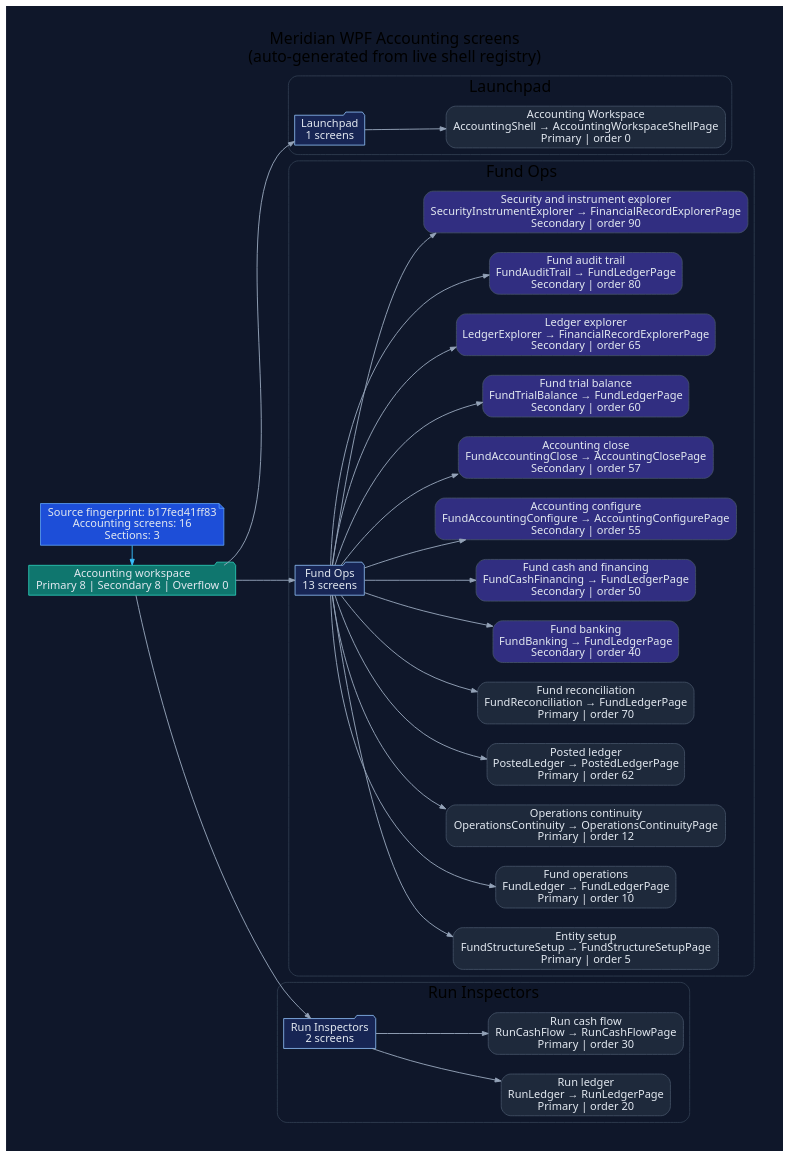
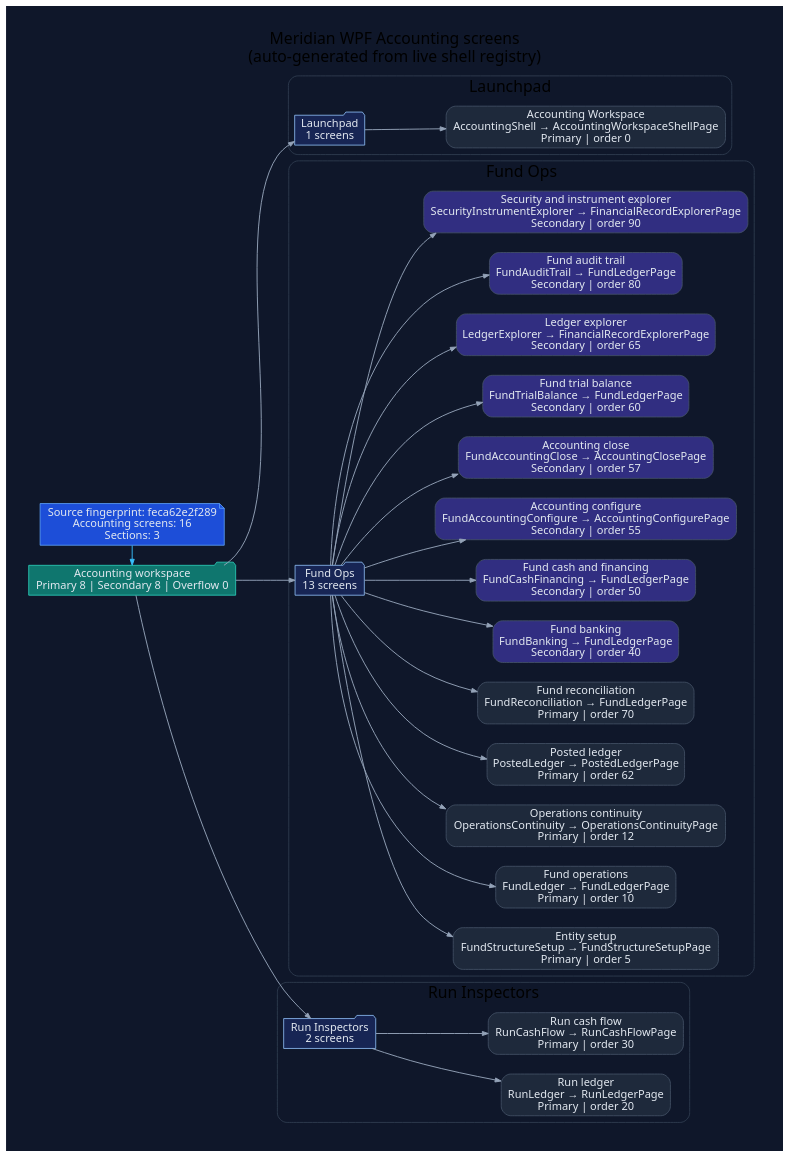
One commit to rodoHasArrived/Meridian-main changed the diagram in docs/diagrams/ui/ui-wpf-screens-accounting.dot. Above: the diagram before and after it, drawn with Graphviz. The commit also changed 46 other files, not shown here.

Commit message:
Refresh generated lifecycle API documentation and diagrams

```diff
--- a/docs/diagrams/ui/ui-wpf-screens-accounting.dot
+++ b/docs/diagrams/ui/ui-wpf-screens-accounting.dot
@@ -1,82 +1,82 @@
 // -----------------------------------------------------------------------------
 // <auto-generated>
 // Generated by scripts/generate-diagrams.mjs.
 // Do not edit this file directly; update the WPF source files instead.
 // -----------------------------------------------------------------------------
 digraph WpfAccountingScreens {
   graph [
     rankdir=LR,
     labelloc=t,
     label="Meridian WPF Accounting screens\n(auto-generated from live shell registry)",
     fontname="Segoe UI",
     fontsize=20,
     pad=0.4,
     nodesep=0.35,
     ranksep=0.85,
     bgcolor="#0f172a"
   ];
   node [fontname="Segoe UI", shape=box, style="rounded,filled", color="#475569", fontcolor="#e2e8f0", fillcolor="#1e293b"];
   edge [fontname="Segoe UI", color="#94a3b8", penwidth=1.2, arrowsize=0.75];
 
-  generated [shape=note, fillcolor="#1d4ed8", color="#60a5fa", label="Source fingerprint: b17fed41ff83\nAccounting screens: 16\nSections: 3"];
+  generated [shape=note, fillcolor="#1d4ed8", color="#60a5fa", label="Source fingerprint: feca62e2f289\nAccounting screens: 16\nSections: 3"];
   workspace [shape=folder, fillcolor="#0f766e", color="#2dd4bf", label="Accounting workspace\nPrimary 8 | Secondary 8 | Overflow 0"];
   generated -> workspace [color="#38bdf8"];
 
   subgraph cluster_section_1 {
     label="Launchpad";
     color="#334155";
     style="rounded";
     section_1 [shape=folder, fillcolor="#172554", color="#93c5fd", label="Launchpad\n1 screens"];
     workspace -> section_1;
     screen_AccountingShell [fillcolor="#1e293b", label="Accounting Workspace\nAccountingShell → AccountingWorkspaceShellPage\nPrimary | order 0"];
     section_1 -> screen_AccountingShell;
   }
 
   subgraph cluster_section_2 {
     label="Fund Ops";
     color="#334155";
     style="rounded";
     section_2 [shape=folder, fillcolor="#172554", color="#93c5fd", label="Fund Ops\n13 screens"];
     workspace -> section_2;
     screen_FundStructureSetup [fillcolor="#1e293b", label="Entity setup\nFundStructureSetup → FundStructureSetupPage\nPrimary | order 5"];
     section_2 -> screen_FundStructureSetup;
     screen_FundLedger [fillcolor="#1e293b", label="Fund operations\nFundLedger → FundLedgerPage\nPrimary | order 10"];
     section_2 -> screen_FundLedger;
     screen_OperationsContinuity [fillcolor="#1e293b", label="Operations continuity\nOperationsContinuity → OperationsContinuityPage\nPrimary | order 12"];
     section_2 -> screen_OperationsContinuity;
     screen_PostedLedger [fillcolor="#1e293b", label="Posted ledger\nPostedLedger → PostedLedgerPage\nPrimary | order 62"];
     section_2 -> screen_PostedLedger;
     screen_FundReconciliation [fillcolor="#1e293b", label="Fund reconciliation\nFundReconciliation → FundLedgerPage\nPrimary | order 70"];
     section_2 -> screen_FundReconciliation;
     screen_FundBanking [fillcolor="#312e81", label="Fund banking\nFundBanking → FundLedgerPage\nSecondary | order 40"];
     section_2 -> screen_FundBanking;
     screen_FundCashFinancing [fillcolor="#312e81", label="Fund cash and financing\nFundCashFinancing → FundLedgerPage\nSecondary | order 50"];
     section_2 -> screen_FundCashFinancing;
     screen_FundAccountingConfigure [fillcolor="#312e81", label="Accounting configure\nFundAccountingConfigure → AccountingConfigurePage\nSecondary | order 55"];
     section_2 -> screen_FundAccountingConfigure;
     screen_FundAccountingClose [fillcolor="#312e81", label="Accounting close\nFundAccountingClose → AccountingClosePage\nSecondary | order 57"];
     section_2 -> screen_FundAccountingClose;
     screen_FundTrialBalance [fillcolor="#312e81", label="Fund trial balance\nFundTrialBalance → FundLedgerPage\nSecondary | order 60"];
     section_2 -> screen_FundTrialBalance;
     screen_LedgerExplorer [fillcolor="#312e81", label="Ledger explorer\nLedgerExplorer → FinancialRecordExplorerPage\nSecondary | order 65"];
     section_2 -> screen_LedgerExplorer;
     screen_FundAuditTrail [fillcolor="#312e81", label="Fund audit trail\nFundAuditTrail → FundLedgerPage\nSecondary | order 80"];
     section_2 -> screen_FundAuditTrail;
     screen_SecurityInstrumentExplorer [fillcolor="#312e81", label="Security and instrument explorer\nSecurityInstrumentExplorer → FinancialRecordExplorerPage\nSecondary | order 90"];
     section_2 -> screen_SecurityInstrumentExplorer;
   }
 
   subgraph cluster_section_3 {
     label="Run Inspectors";
     color="#334155";
     style="rounded";
     section_3 [shape=folder, fillcolor="#172554", color="#93c5fd", label="Run Inspectors\n2 screens"];
     workspace -> section_3;
     screen_RunLedger [fillcolor="#1e293b", label="Run ledger\nRunLedger → RunLedgerPage\nPrimary | order 20"];
     section_3 -> screen_RunLedger;
     screen_RunCashFlow [fillcolor="#1e293b", label="Run cash flow\nRunCashFlow → RunCashFlowPage\nPrimary | order 30"];
     section_3 -> screen_RunCashFlow;
   }
 
   { rank=min; generated; workspace; }
 }
```
